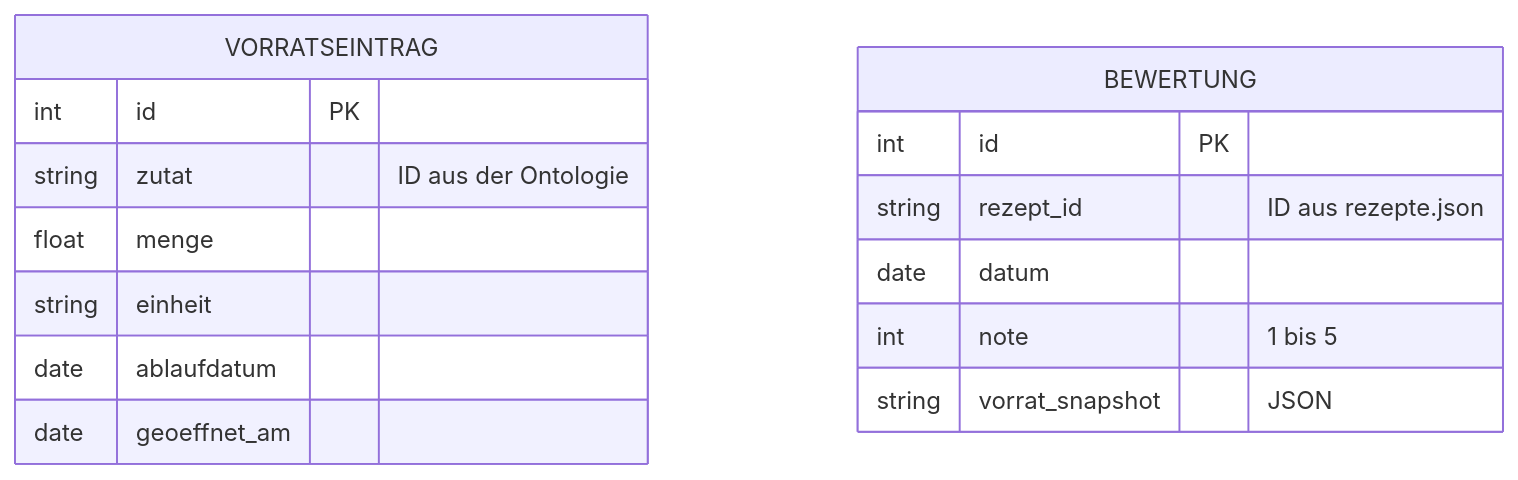
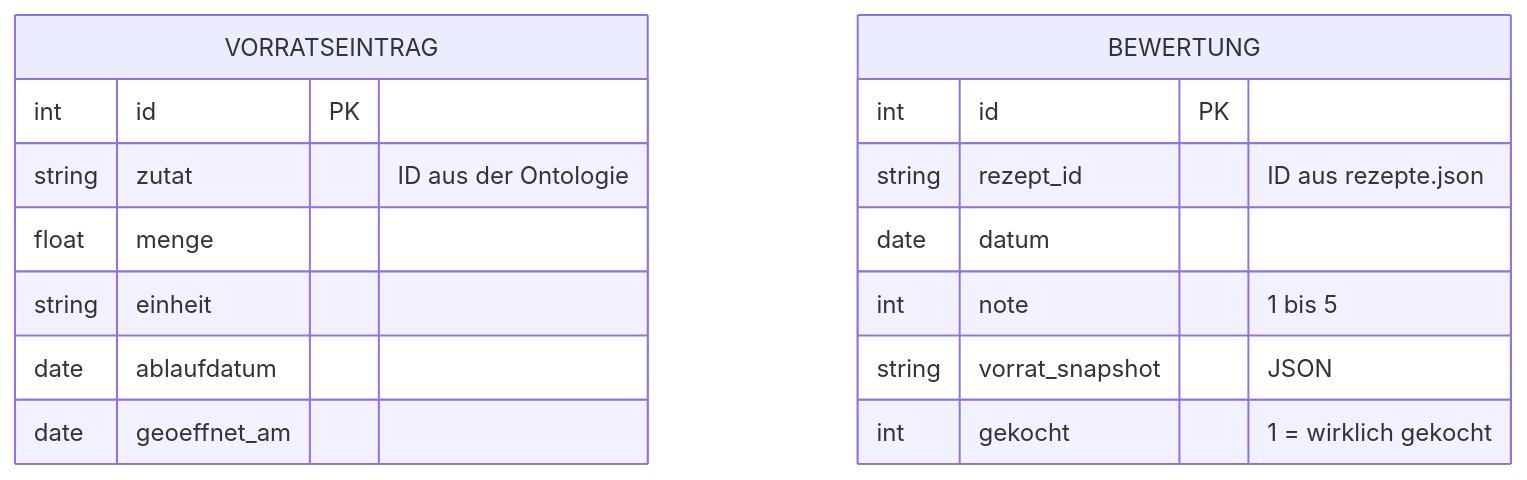
Before and after one commit to FHNWjanwolf/Cooler-AI: the second of 2 diagrams in docs/datenmodell.md, drawn with Mermaid. The commit also changed other lines of this file and 11 other files, not shown here.

````diff
--- a/docs/datenmodell.md
+++ b/docs/datenmodell.md
@@ -58,18 +58,19 @@
 ```mermaid
 erDiagram
   VORRATSEINTRAG {
     int id PK
     string zutat "ID aus der Ontologie"
     float menge
     string einheit
     date ablaufdatum
     date geoeffnet_am
   }
   BEWERTUNG {
     int id PK
     string rezept_id "ID aus rezepte.json"
     date datum
     int note "1 bis 5"
     string vorrat_snapshot "JSON"
+    int gekocht "1 = wirklich gekocht"
   }
 ```
````
